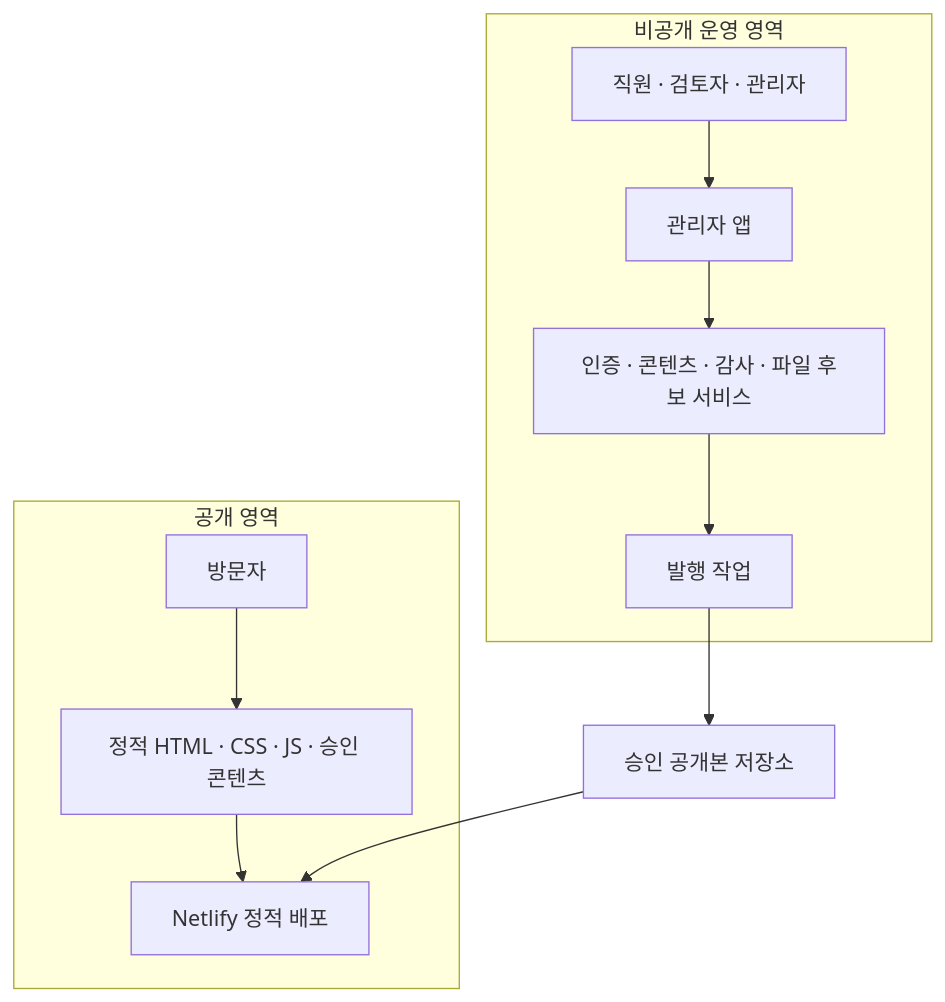
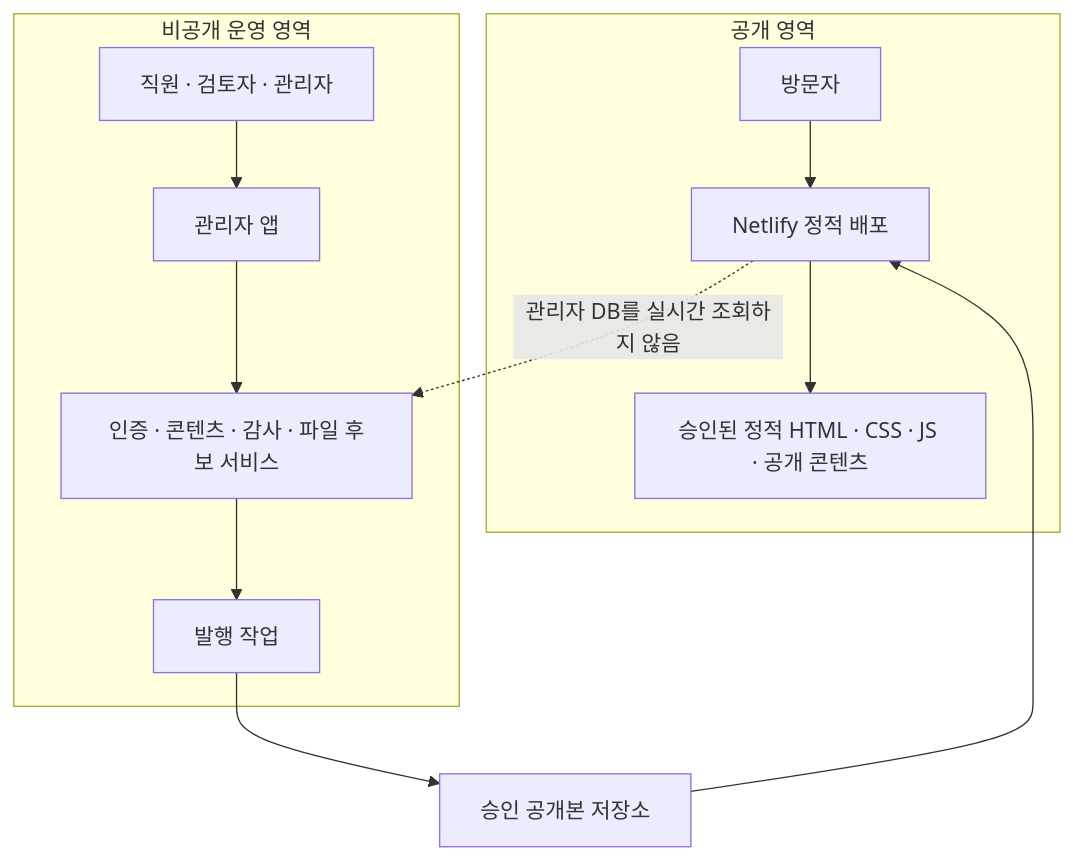
Before and after one commit to cetin072/taejang_homepage: the first of 3 diagrams in docs/ADMIN_PHASE0_TECHNICAL_ARCHITECTURE.md, drawn with Mermaid. The commit also changed other lines of this file, not shown here.

````diff
--- a/docs/ADMIN_PHASE0_TECHNICAL_ARCHITECTURE.md
+++ b/docs/ADMIN_PHASE0_TECHNICAL_ARCHITECTURE.md
@@ -39,22 +40,23 @@
 ```mermaid
 flowchart TB
   subgraph Public["공개 영역"]
     Visitor["방문자"]
-    Static["정적 HTML · CSS · JS · 승인 콘텐츠"]
+    Static["승인된 정적 HTML · CSS · JS · 공개 콘텐츠"]
     Netlify["Netlify 정적 배포"]
   end
   subgraph Admin["비공개 운영 영역"]
     Staff["직원 · 검토자 · 관리자"]
     AdminApp["관리자 앱"]
     AuthData["인증 · 콘텐츠 · 감사 · 파일 후보 서비스"]
     Publisher["발행 작업"]
   end
   Repo["승인 공개본 저장소"]
-  Visitor --> Static
-  Static --> Netlify
+  Visitor --> Netlify
+  Netlify --> Static
+  Netlify -. "관리자 DB를 실시간 조회하지 않음" .-> AuthData
   Staff --> AdminApp
   AdminApp --> AuthData
   AuthData --> Publisher
   Publisher --> Repo
   Repo --> Netlify
 ```
````
